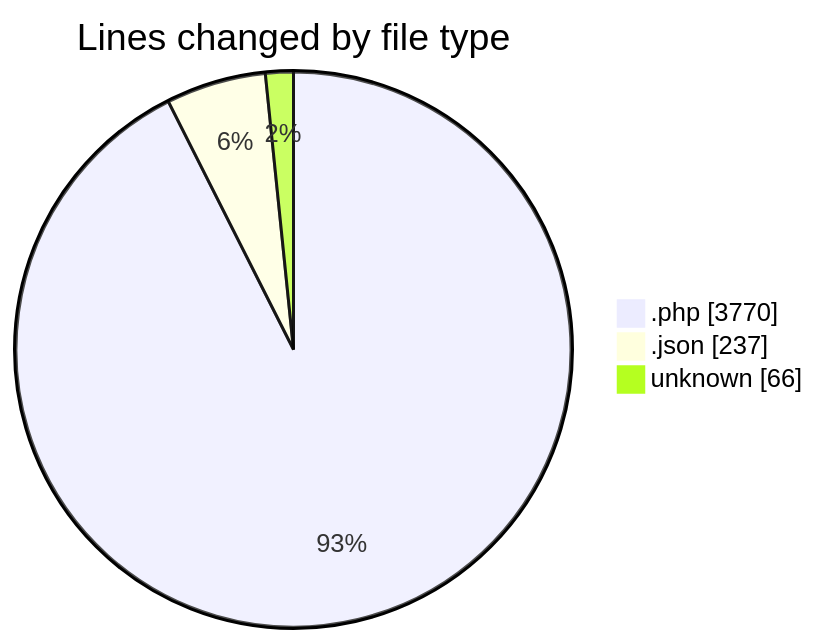
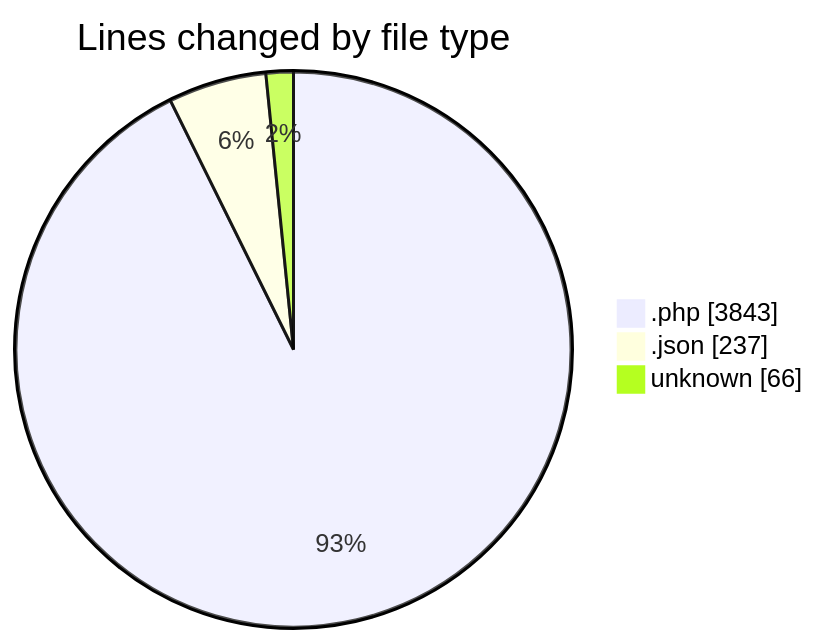
One commit to idhammustaqopulfikri/code-tracking changed the first of 2 diagrams in 2025-06-06/sewa-mobil/README.md. Above: the diagram before and after it, drawn with Mermaid. The commit also changed other lines of this file and 1 other file, not shown here.

````diff
--- a/2025-06-06/sewa-mobil/README.md
+++ b/2025-06-06/sewa-mobil/README.md
@@ -36,7 +37,7 @@
 ```mermaid
 pie showData
 title Lines changed by file type
-".php" : 3770
+".php" : 3843
 ".json" : 237
 "unknown" : 66
 ```
````
